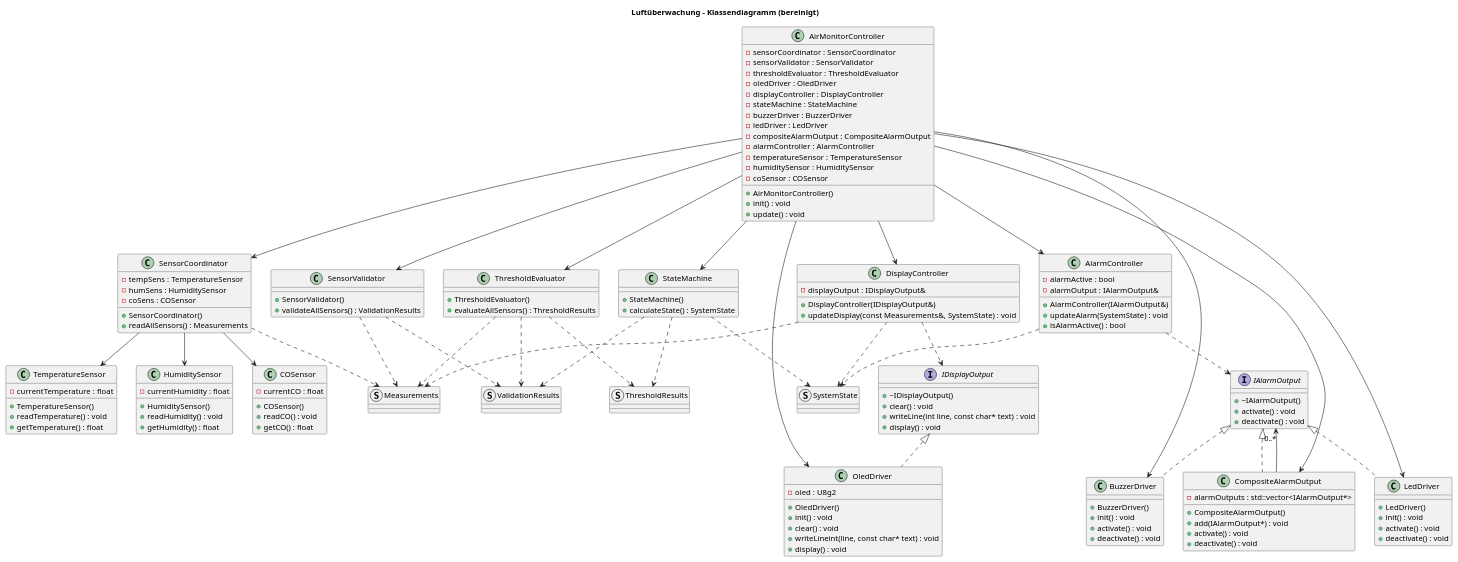
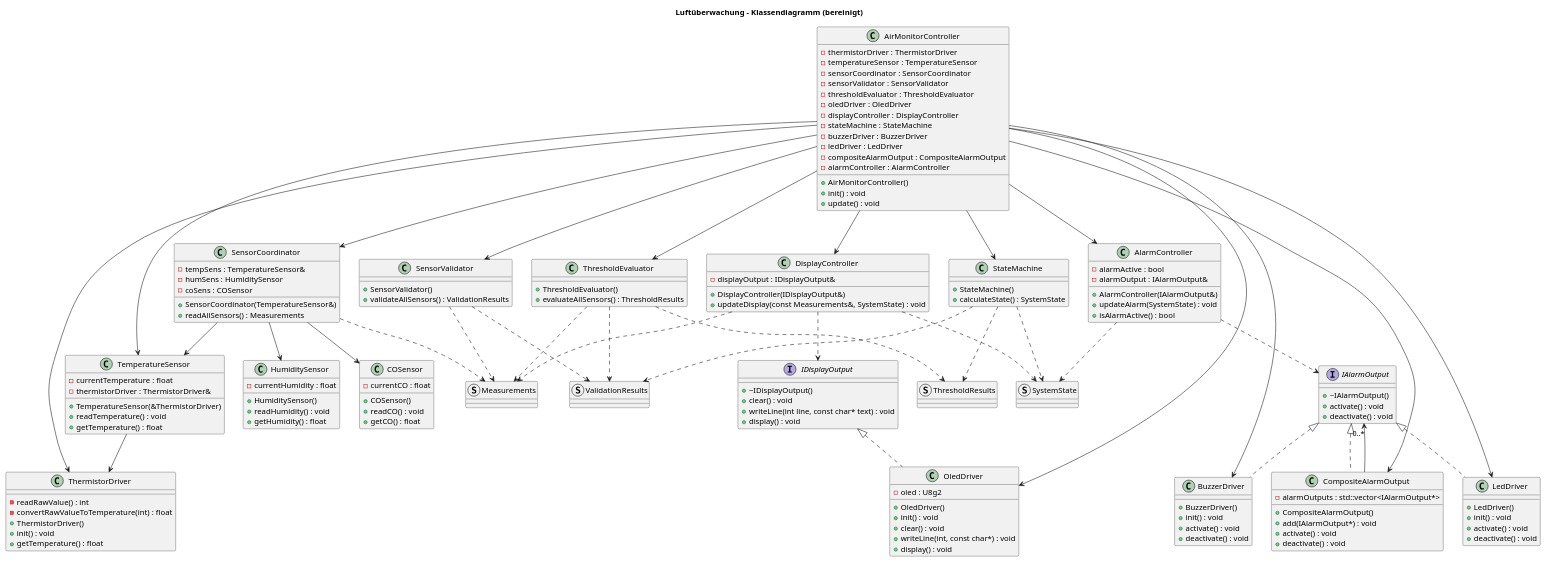
The diagram in docs/Klassen.puml (KennethK88/RoomClimateNode), drawn with PlantUML before and after one commit. The commit also changed 6 other files, not shown here.

Commit message:
Kenneth/TemperatureSensor und ThermistorDriver gekoppelt

```diff
--- a/docs/Klassen.puml
+++ b/docs/Klassen.puml
@@ -5,7 +5,8 @@
 class TemperatureSensor
 {
     -currentTemperature : float
-    +TemperatureSensor()
+    -thermistorDriver : ThermistorDriver&
+    +TemperatureSensor(&ThermistorDriver)
     +readTemperature() : void
     +getTemperature() : float
 }
@@ -26,10 +27,10 @@
 
 class SensorCoordinator
 {
-    -tempSens : TemperatureSensor
+    -tempSens : TemperatureSensor&
     -humSens : HumiditySensor
     -coSens : COSensor
-    +SensorCoordinator()
+    +SensorCoordinator(TemperatureSensor&)
     +readAllSensors() : Measurements
 }
 
@@ -68,6 +69,8 @@
 
 class AirMonitorController
 {
+    -thermistorDriver : ThermistorDriver
+    -temperatureSensor : TemperatureSensor
     -sensorCoordinator : SensorCoordinator
     -sensorValidator : SensorValidator
     -thresholdEvaluator : ThresholdEvaluator
@@ -78,9 +81,6 @@
     -ledDriver : LedDriver
     -compositeAlarmOutput : CompositeAlarmOutput
     -alarmController : AlarmController
-    -temperatureSensor : TemperatureSensor
-    -humiditySensor : HumiditySensor
-    -coSensor : COSensor
     +AirMonitorController()
     +init() : void
     +update() : void
@@ -132,8 +132,17 @@
     +OledDriver()
     +init() : void
     +clear() : void
-    +writeLineint(line, const char* text) : void
+    +writeLine(int, const char*) : void
     +display() : void
+}
+
+class ThermistorDriver
+{
+    -readRawValue() : int
+    -convertRawValueToTemperature(int) : float
+    +ThermistorDriver()
+    +init() : void
+    +getTemperature() : float
 }
 
 struct Measurements
@@ -142,6 +151,8 @@
 struct SystemState
 
 ' ===== Besitz / feste Abhängigkeiten =====
+AirMonitorController --> ThermistorDriver
+AirMonitorController --> TemperatureSensor
 AirMonitorController --> SensorCoordinator
 AirMonitorController --> SensorValidator
 AirMonitorController --> ThresholdEvaluator
@@ -156,6 +167,8 @@
 SensorCoordinator --> TemperatureSensor
 SensorCoordinator --> HumiditySensor
 SensorCoordinator --> COSensor
+
+TemperatureSensor --> ThermistorDriver
 
 CompositeAlarmOutput --> "0..*" IAlarmOutput
 
```
